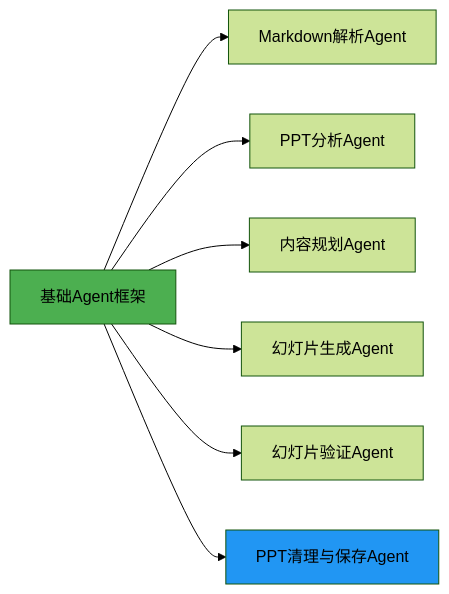
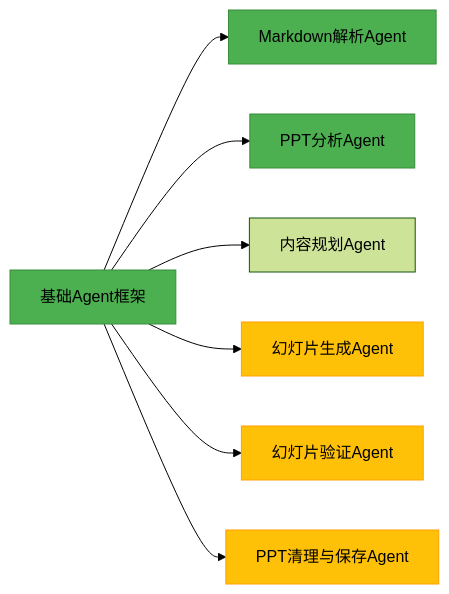
One commit to AlanHootman/ppt_assistant changed the second of 4 diagrams in docs/plan/开发计划.md. Above: the diagram before and after it, drawn with Mermaid (forest theme). The commit also changed other lines of this file, not shown here.

````diff
--- a/docs/plan/开发计划.md
+++ b/docs/plan/开发计划.md
@@ -62,12 +66,16 @@
 ```mermaid
 graph LR
     A[基础Agent框架] --> B[Markdown解析Agent]
     A --> C[PPT分析Agent]
     A --> D[内容规划Agent]
     A --> E[幻灯片生成Agent]
     A --> F[幻灯片验证Agent]
     A --> G[PPT清理与保存Agent]
     
-    style A fill:#4CAF50
-    style G fill:#2196F3
+    style A fill:#4CAF50,stroke:#388E3C
+    style B fill:#4CAF50,stroke:#388E3C
+    style C fill:#4CAF50,stroke:#388E3C
+    style E fill:#FFC107,stroke:#FFA000
+    style F fill:#FFC107,stroke:#FFA000
+    style G fill:#FFC107,stroke:#FFA000
 ```
````
